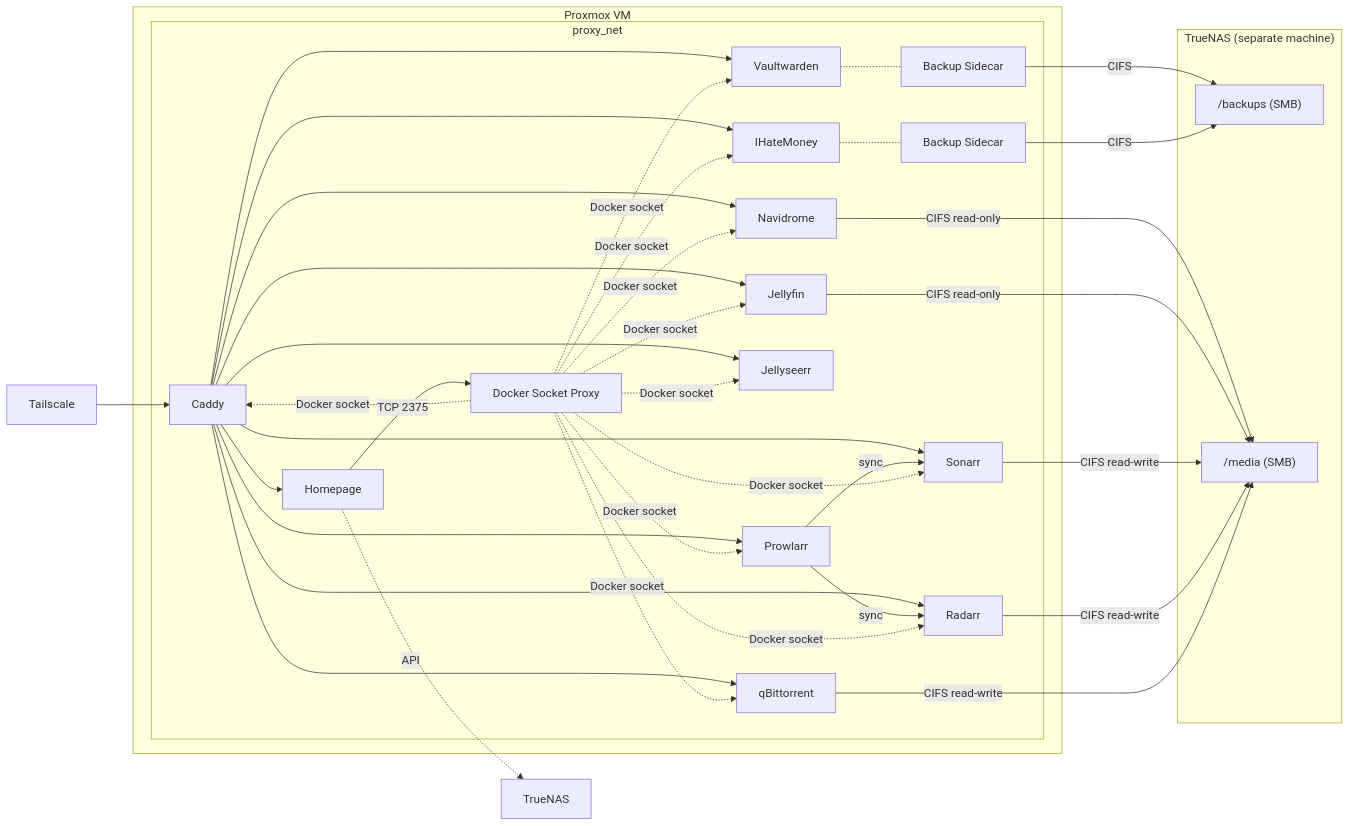
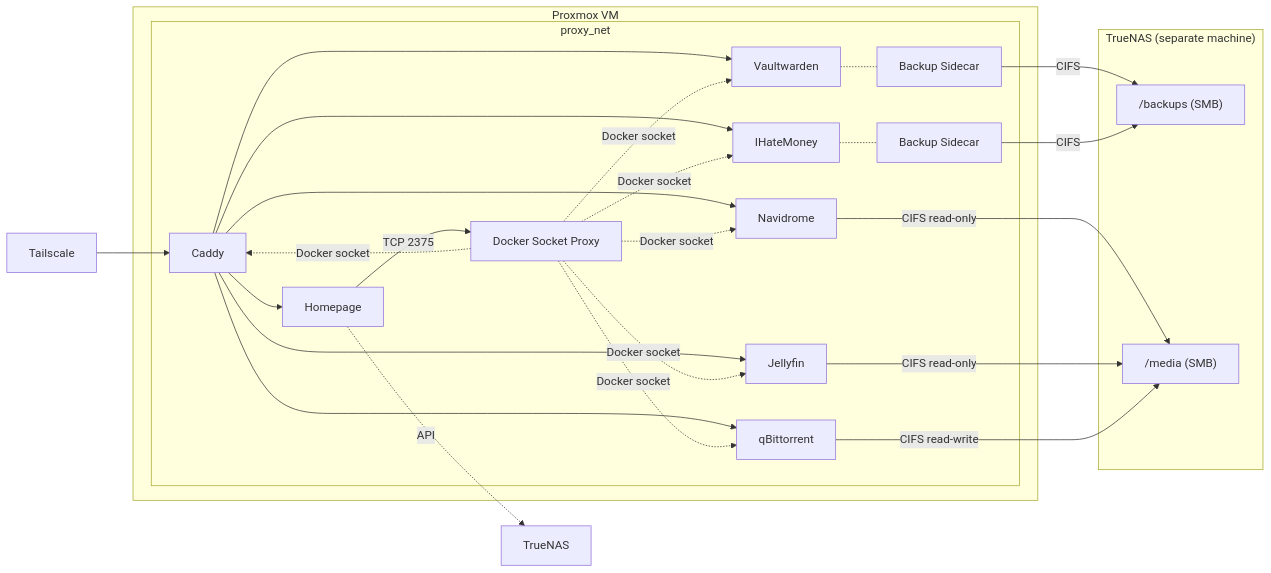
The first of 2 diagrams in README.md (masolnada/homelab), drawn with Mermaid before and after one commit. The commit also changed other lines of this file and 5 other files, not shown here.

Commit message:
refactor: remove Sonarr, Radarr, Jellyseerr, and Prowlarr

````diff
--- a/README.md
+++ b/README.md
@@ -7,49 +7,37 @@
 ```mermaid
 graph LR
     TS[Tailscale] --> Caddy
 
     subgraph VM["Proxmox VM"]
         subgraph proxy_net
             Caddy --> Homepage
             Caddy --> Vaultwarden
             Caddy --> Navidrome
             Caddy --> IHateMoney
             Caddy --> Jellyfin
-            Caddy --> Jellyseerr
-            Caddy --> Sonarr
-            Caddy --> Radarr
             Caddy --> qBittorrent
-            Caddy --> Prowlarr
-            Prowlarr -->|sync| Sonarr
-            Prowlarr -->|sync| Radarr
             Homepage -->|TCP 2375| DockerProxy[Docker Socket Proxy]
             DockerProxy -.->|Docker socket| Caddy
             DockerProxy -.->|Docker socket| Vaultwarden
             DockerProxy -.->|Docker socket| Navidrome
             DockerProxy -.->|Docker socket| IHateMoney
             DockerProxy -.->|Docker socket| Jellyfin
-            DockerProxy -.->|Docker socket| Jellyseerr
-            DockerProxy -.->|Docker socket| Sonarr
-            DockerProxy -.->|Docker socket| Radarr
             DockerProxy -.->|Docker socket| qBittorrent
-            DockerProxy -.->|Docker socket| Prowlarr
             Vaultwarden -.- Backup[Backup Sidecar]
             IHateMoney -.- IHMBackup[Backup Sidecar]
         end
     end
 
     subgraph NAS["TrueNAS (separate machine)"]
         backups["/backups (SMB)"]
         media["/media (SMB)"]
     end
 
     Homepage -.->|API| TrueNAS
 
     Backup -->|CIFS| backups
     IHMBackup -->|CIFS| backups
     Navidrome -->|CIFS read-only| media
     Jellyfin -->|CIFS read-only| media
-    Sonarr -->|CIFS read-write| media
-    Radarr -->|CIFS read-write| media
     qBittorrent -->|CIFS read-write| media
 ```
````
